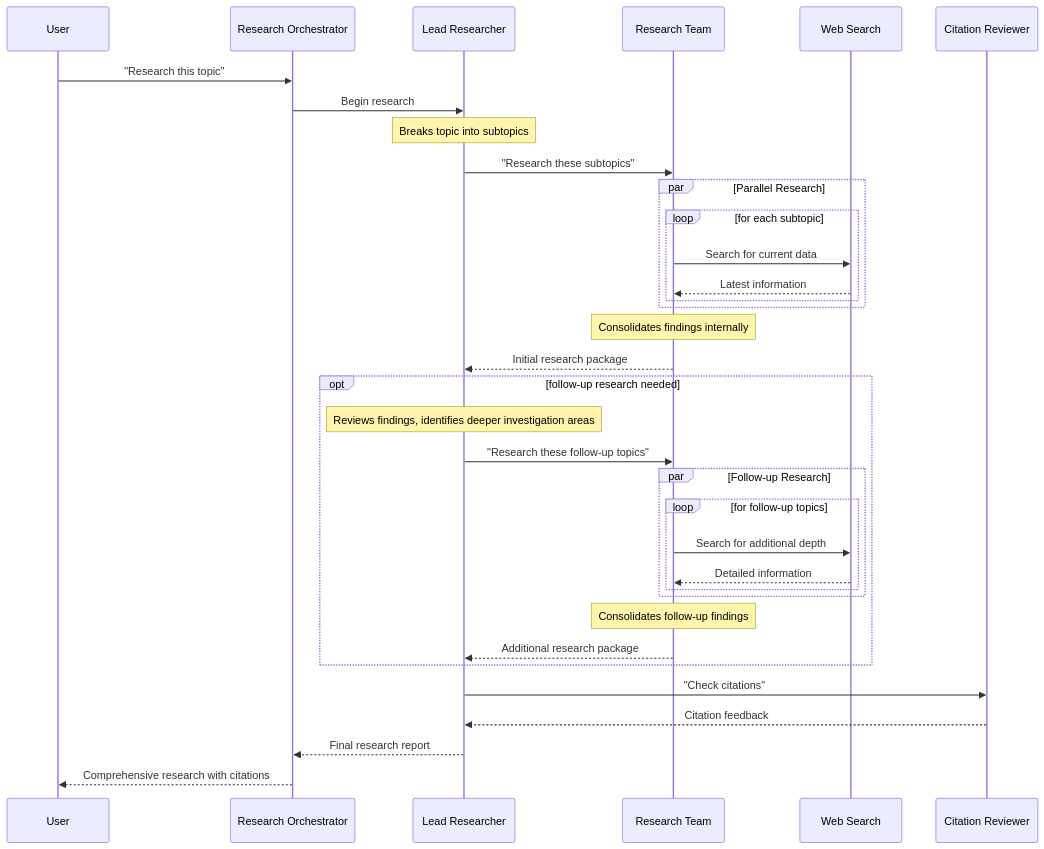
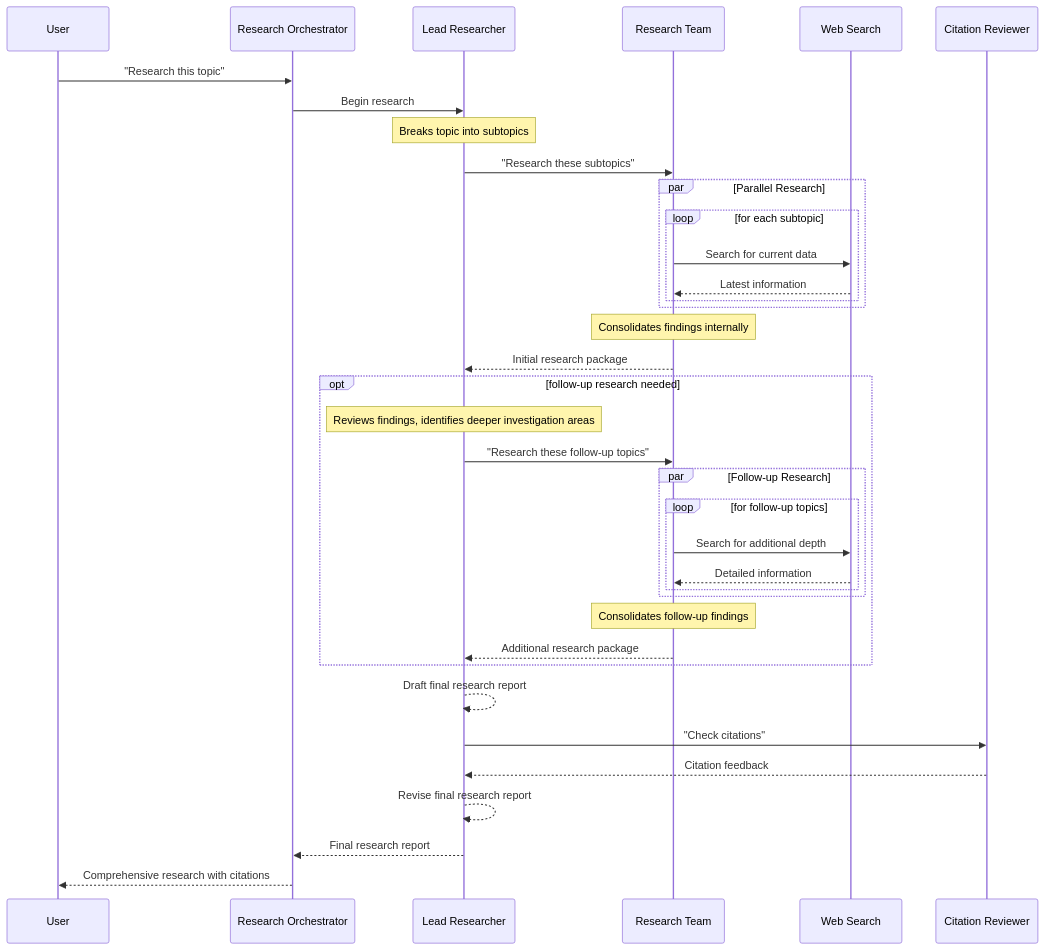
One commit to karashiiro/research-mcp changed the diagram in README.md. Above: the diagram before and after it, drawn with Mermaid.

Commit message:
Add note on drafts

````diff
--- a/README.md
+++ b/README.md
@@ -88,48 +88,51 @@
 ```mermaid
 sequenceDiagram
     participant User as User
     participant Orchestrator as Research Orchestrator
     participant Lead as Lead Researcher
     participant ResearchTeam as Research Team
     participant Web as Web Search
     participant Reviewer as Citation Reviewer
 
     User->>Orchestrator: "Research this topic"
-    
+
     Orchestrator->>Lead: Begin research
     Note over Lead: Breaks topic into subtopics
-    
+
     Lead->>ResearchTeam: "Research these subtopics"
-    
+
     par Parallel Research
         loop for each subtopic
             ResearchTeam->>Web: Search for current data
             Web-->>ResearchTeam: Latest information
         end
     end
-    
+
     Note over ResearchTeam: Consolidates findings internally
     ResearchTeam-->>Lead: Initial research package
-    
+
     opt follow-up research needed
         Note over Lead: Reviews findings, identifies deeper investigation areas
         Lead->>ResearchTeam: "Research these follow-up topics"
-        
+
         par Follow-up Research
             loop for follow-up topics
                 ResearchTeam->>Web: Search for additional depth
                 Web-->>ResearchTeam: Detailed information
             end
         end
-        
+
         Note over ResearchTeam: Consolidates follow-up findings
         ResearchTeam-->>Lead: Additional research package
     end
-    
+
+    Lead-->>Lead: Draft final research report
+
     Lead->>Reviewer: "Check citations"
     Reviewer-->>Lead: Citation feedback
-    
+
+    Lead-->>Lead: Revise final research report
     Lead-->>Orchestrator: Final research report
-    
+
     Orchestrator-->>User: Comprehensive research with citations
 ```
````
